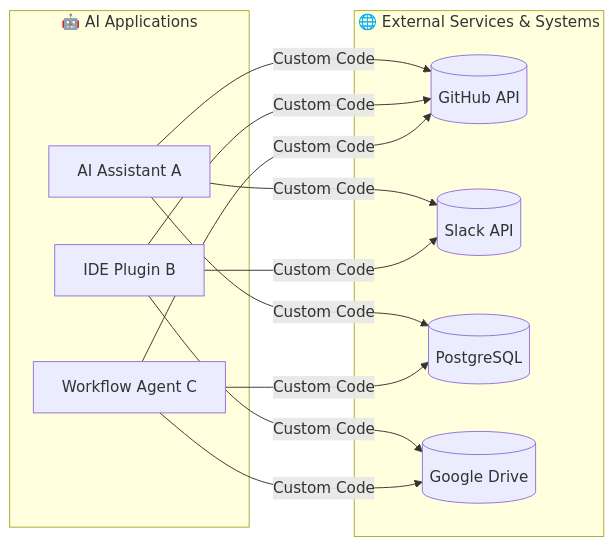
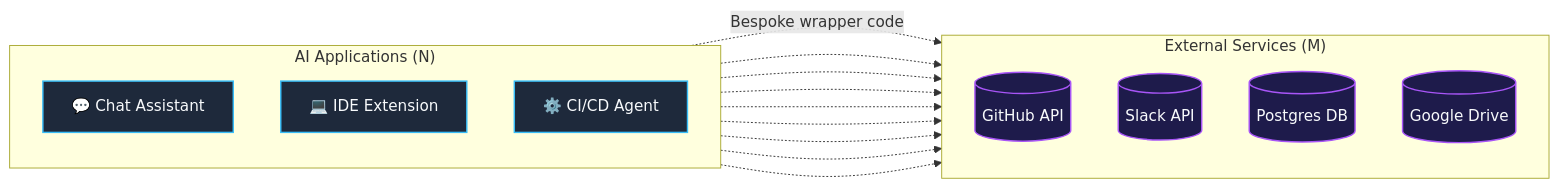
Before and after one commit to Magnificent-steiner0/Magnificent-steiner0.github.io: the first of 6 diagrams in content/blog/what_is_mcp_and_why_do_we_need_it.mdx, drawn with Mermaid. The commit also changed other lines of this file and 5 other files, not shown here.

````diff
--- a/content/blog/what_is_mcp_and_why_do_we_need_it.mdx
+++ b/content/blog/what_is_mcp_and_why_do_we_need_it.mdx
@@ -34,27 +34,30 @@
 ```mermaid
 flowchart LR
-    subgraph Apps ["🤖 AI Applications"]
-        AppA["AI Assistant A"]
-        AppB["IDE Plugin B"]
-        AppC["Workflow Agent C"]
+    classDef client fill:#1e293b,stroke:#38bdf8,stroke-width:1.5px,color:#f8fafc
+    classDef service fill:#1e1b4b,stroke:#a855f7,stroke-width:1.5px,color:#f8fafc
+
+    subgraph Clients ["AI Applications (N)"]
+        direction TB
+        App1["💬 Chat Assistant"]:::client
+        App2["💻 IDE Extension"]:::client
+        App3["⚙️ CI/CD Agent"]:::client
     end
 
-    subgraph Services ["🌐 External Services & Systems"]
-        GH[("GitHub API")]
-        SL[("Slack API")]
-        DB[("PostgreSQL")]
-        GD[("Google Drive")]
+    subgraph Services ["External Services (M)"]
+        direction TB
+        GH[("GitHub API")]:::service
+        SL[("Slack API")]:::service
+        DB[("Postgres DB")]:::service
+        GD[("Google Drive")]:::service
     end
 
-    AppA -->|Custom Code| GH
-    AppA -->|Custom Code| SL
-    AppA -->|Custom Code| DB
-
-    AppB -->|Custom Code| GH
-    AppB -->|Custom Code| SL
-    AppB -->|Custom Code| GD
-
-    AppC -->|Custom Code| GH
-    AppC -->|Custom Code| DB
-    AppC -->|Custom Code| GD
+    App1 -.->|Bespoke wrapper code| GH
+    App1 -.-> SL
+    App1 -.-> DB
+    App2 -.-> GH
+    App2 -.-> SL
+    App2 -.-> GD
+    App3 -.-> GH
+    App3 -.-> DB
+    App3 -.-> GD
 ```
````
